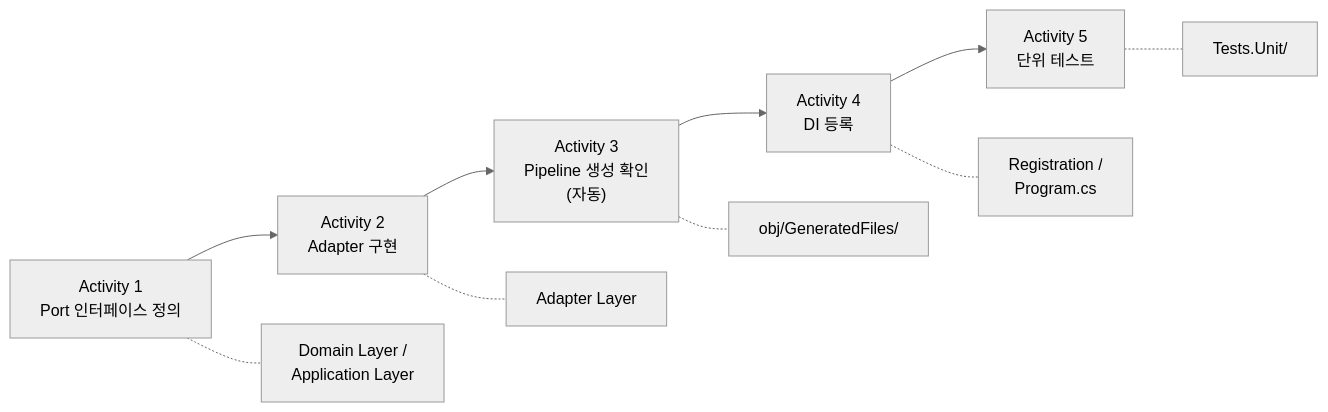
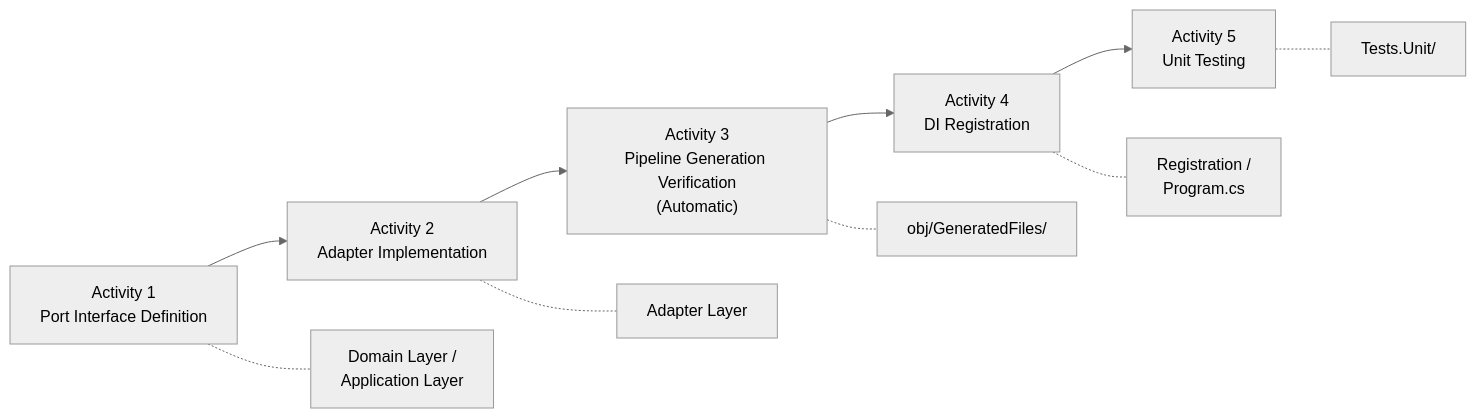
The first of 2 diagrams in Docs.Site/src/content/docs/guides/adapter/12-ports.md (hhko/Functorium), drawn with Mermaid (neutral theme) before and after one commit. The commit also changed other lines of this file and 11 other files, not shown here.

````diff
--- a/Docs.Site/src/content/docs/guides/adapter/12-ports.md
+++ b/Docs.Site/src/content/docs/guides/adapter/12-ports.md
@@ -273,13 +273,13 @@
 ```mermaid
 flowchart LR
-  A1["Activity 1<br/>Port 인터페이스 정의"] --> A2["Activity 2<br/>Adapter 구현"]
-  A2 --> A3["Activity 3<br/>Pipeline 생성 확인<br/>(자동)"]
-  A3 --> A4["Activity 4<br/>DI 등록"]
-  A4 --> A5["Activity 5<br/>단위 테스트"]
+  A1["Activity 1<br/>Port Interface Definition"] --> A2["Activity 2<br/>Adapter Implementation"]
+  A2 --> A3["Activity 3<br/>Pipeline Generation Verification<br/>(Automatic)"]
+  A3 --> A4["Activity 4<br/>DI Registration"]
+  A4 --> A5["Activity 5<br/>Unit Testing"]
 
   A1 -.- L1["Domain Layer /<br/>Application Layer"]
   A2 -.- L2["Adapter Layer"]
   A3 -.- L3["obj/GeneratedFiles/"]
   A4 -.- L4["Registration /<br/>Program.cs"]
   A5 -.- L5["Tests.Unit/"]
 ```
````
